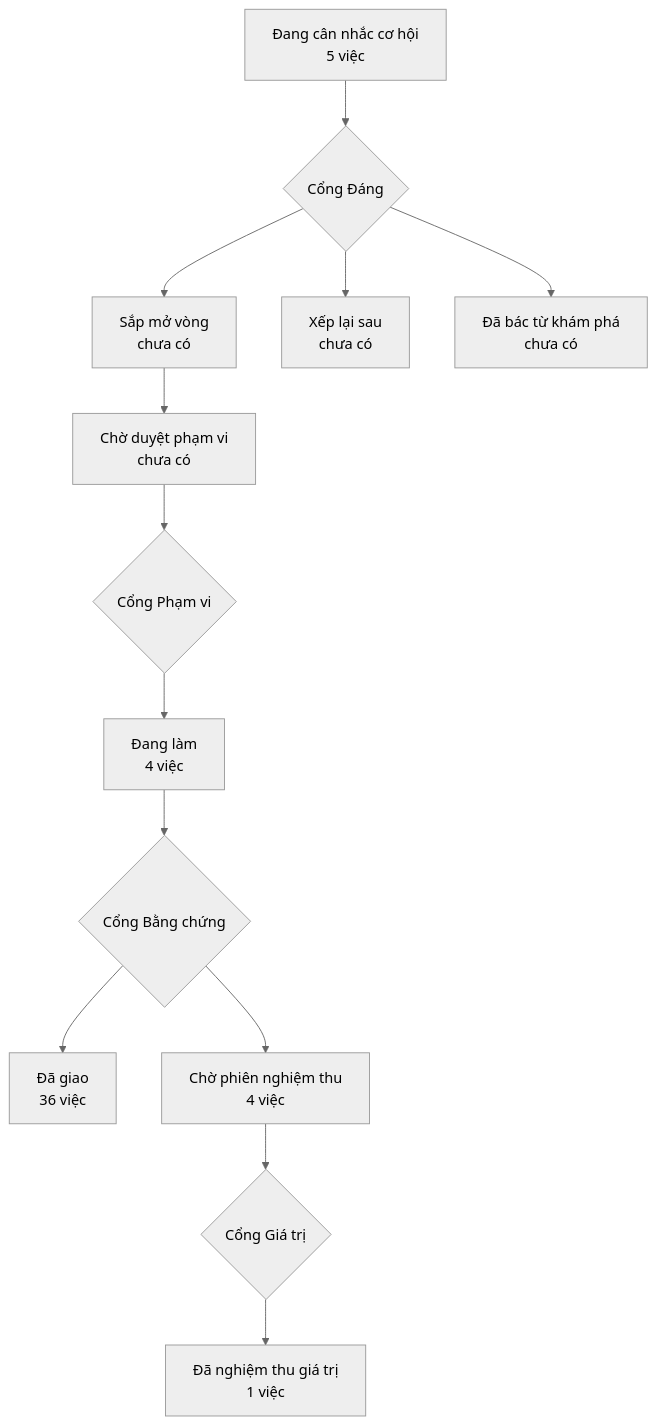
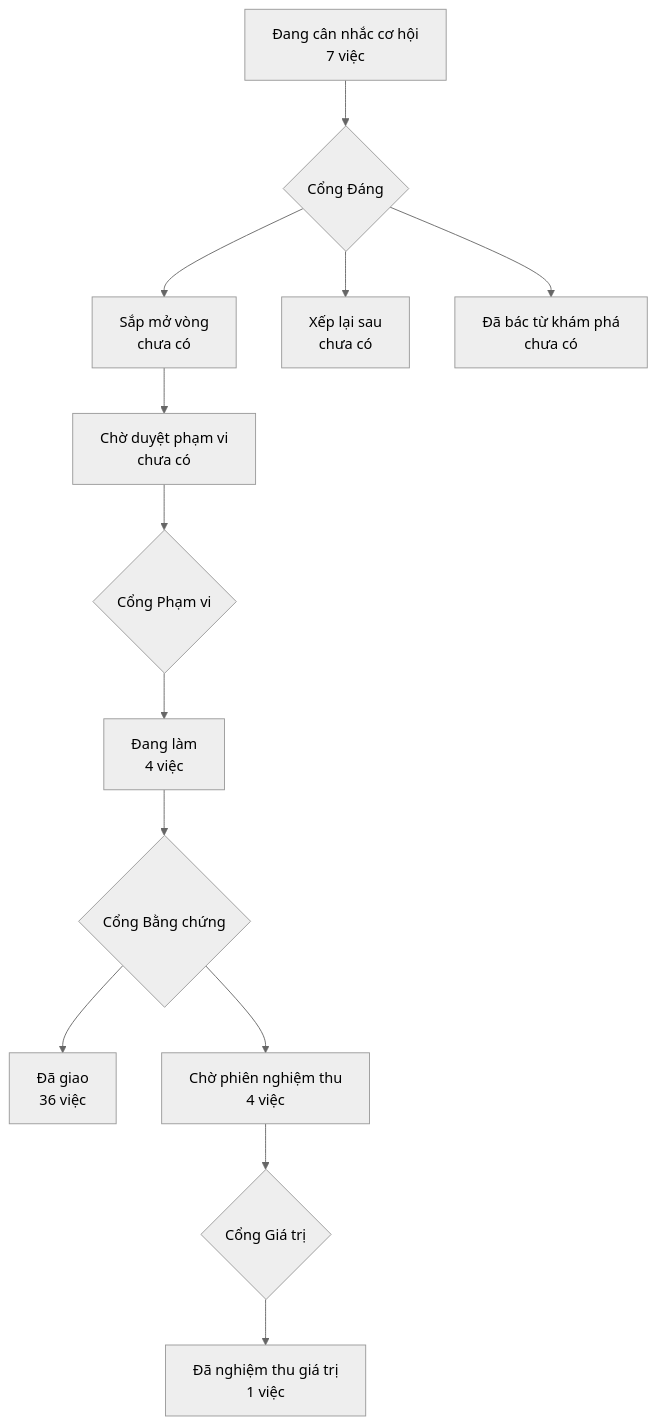
One commit to phanlemanh/crm-onehub changed the diagram in PRODUCT-MAP.md. Above: the diagram before and after it, drawn with Mermaid (neutral theme). The commit also changed other lines of this file and 2 other files, not shown here.

Commit message:
docs(acceptance): mo hai o co hoi tu hat giong cua dieu-phoi-30-ngay-dau
tac-nhan-khop-ma-doi-tac (Ngoai-1) va quan-ly-danh-muc-30-ngay (Ngoai-13
gop voi bo loc, sap, tim va bang cot theo loi chu kho). Ca hai o nac
discovery, cho Cong Dang.

````diff
--- a/PRODUCT-MAP.md
+++ b/PRODUCT-MAP.md
@@ -6,12 +6,12 @@
 ```mermaid
 flowchart TD
-  A["Đang cân nhắc cơ hội<br/>5 việc"] --> GD{"Cổng Đáng"}
+  A["Đang cân nhắc cơ hội<br/>7 việc"] --> GD{"Cổng Đáng"}
   GD --> B["Sắp mở vòng<br/>chưa có"]
   GD --> XL["Xếp lại sau<br/>chưa có"]
   GD --> DB["Đã bác từ khám phá<br/>chưa có"]
   B --> CD["Chờ duyệt phạm vi<br/>chưa có"] --> GP{"Cổng Phạm vi"}
   GP --> DL["Đang làm<br/>4 việc"] --> GB{"Cổng Bằng chứng"}
   GB --> DG["Đã giao<br/>36 việc"]
   GB --> CN["Chờ phiên nghiệm thu<br/>4 việc"] --> GG{"Cổng Giá trị"}
   GG --> NT["Đã nghiệm thu giá trị<br/>1 việc"]
 ```
````
